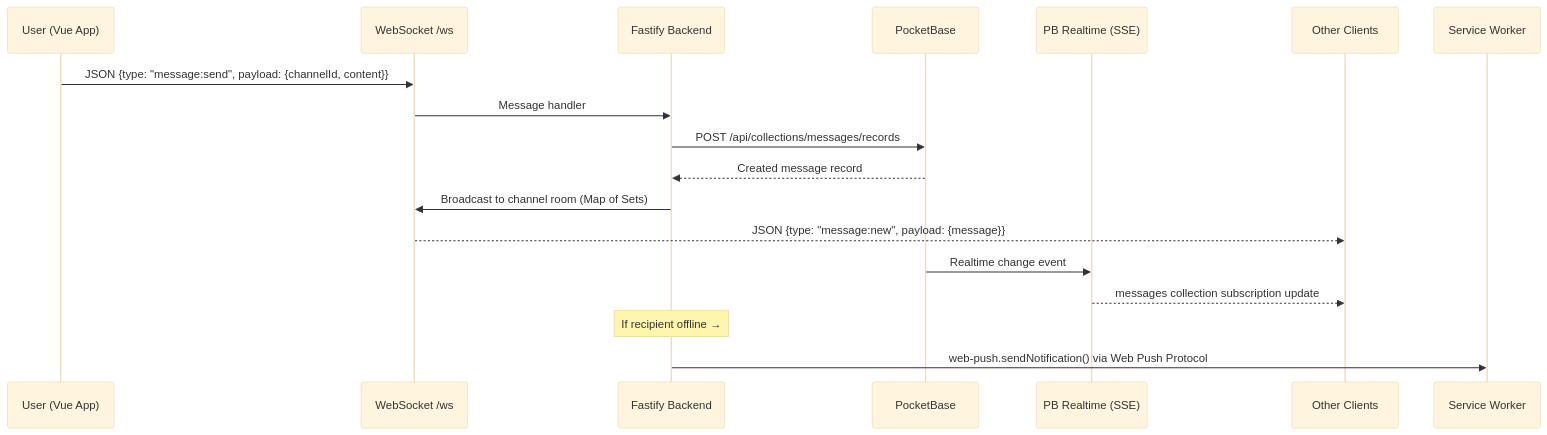
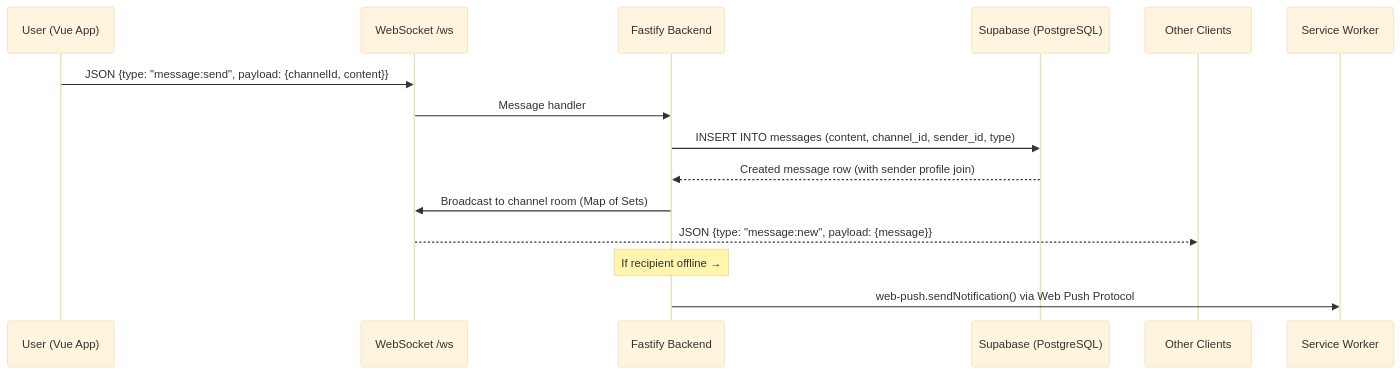
Before and after one commit to davidjonesibm/chat: the third of 7 diagrams in docs/ARCHITECTURE.md, drawn with Mermaid (base theme). The commit also changed other lines of this file and 41 other files, not shown here.

````diff
--- a/docs/ARCHITECTURE.md
+++ b/docs/ARCHITECTURE.md
@@ -271,22 +309,19 @@
 ```mermaid
 sequenceDiagram
     participant U as User (Vue App)
     participant WS as WebSocket /ws
     participant F as Fastify Backend
-    participant PB as PocketBase
-    participant SSE as PB Realtime (SSE)
+    participant SB as Supabase (PostgreSQL)
     participant O as Other Clients
     participant SW as Service Worker
 
     U->>WS: JSON {type: "message:send", payload: {channelId, content}}
     WS->>F: Message handler
-    F->>PB: POST /api/collections/messages/records
-    PB-->>F: Created message record
+    F->>SB: INSERT INTO messages (content, channel_id, sender_id, type)
+    SB-->>F: Created message row (with sender profile join)
     F->>WS: Broadcast to channel room (Map of Sets)
     WS-->>O: JSON {type: "message:new", payload: {message}}
-    PB->>SSE: Realtime change event
-    SSE-->>O: messages collection subscription update
 
     Note over F: If recipient offline →
     F->>SW: web-push.sendNotification() via Web Push Protocol
 ```
````
